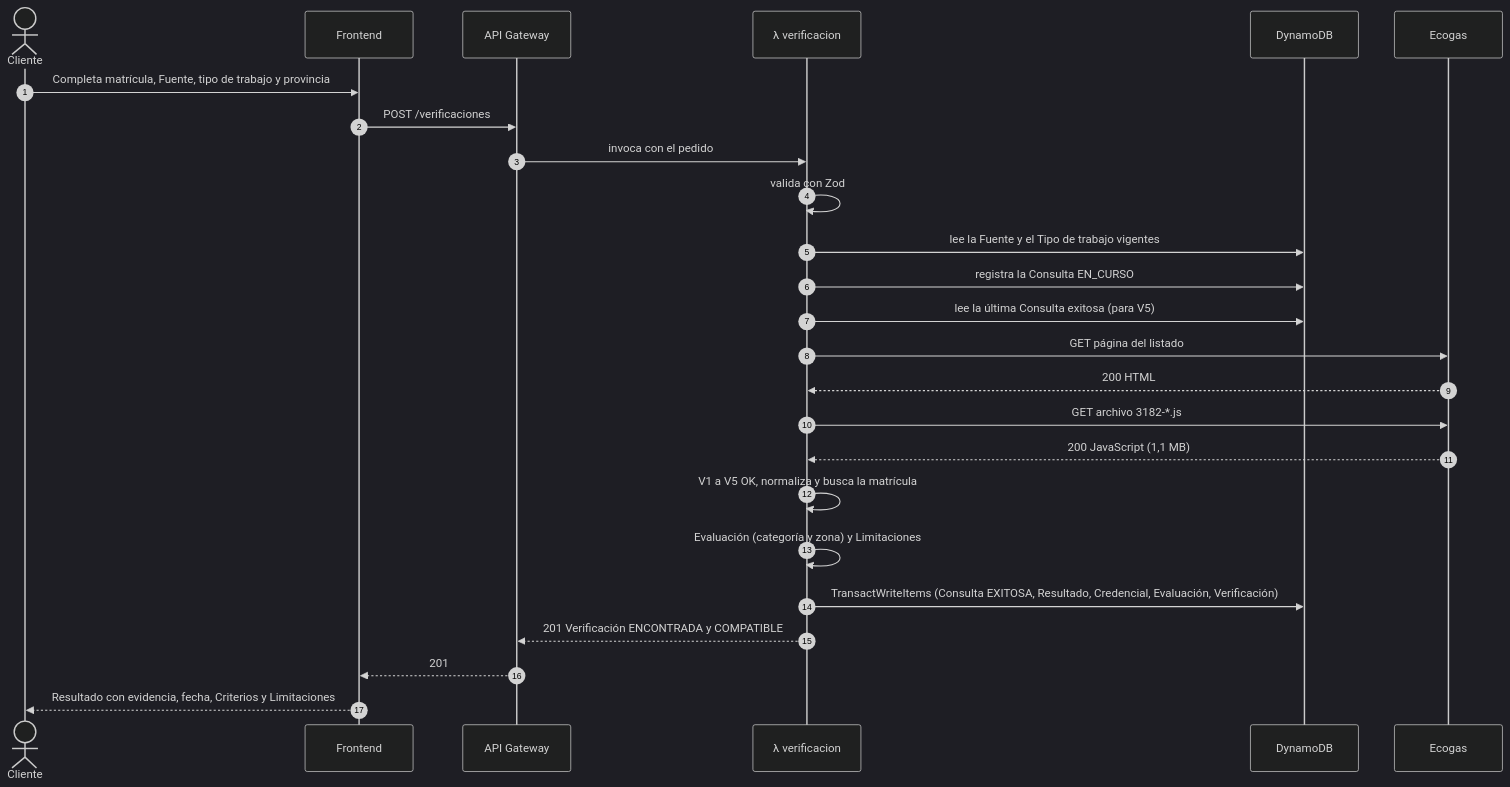
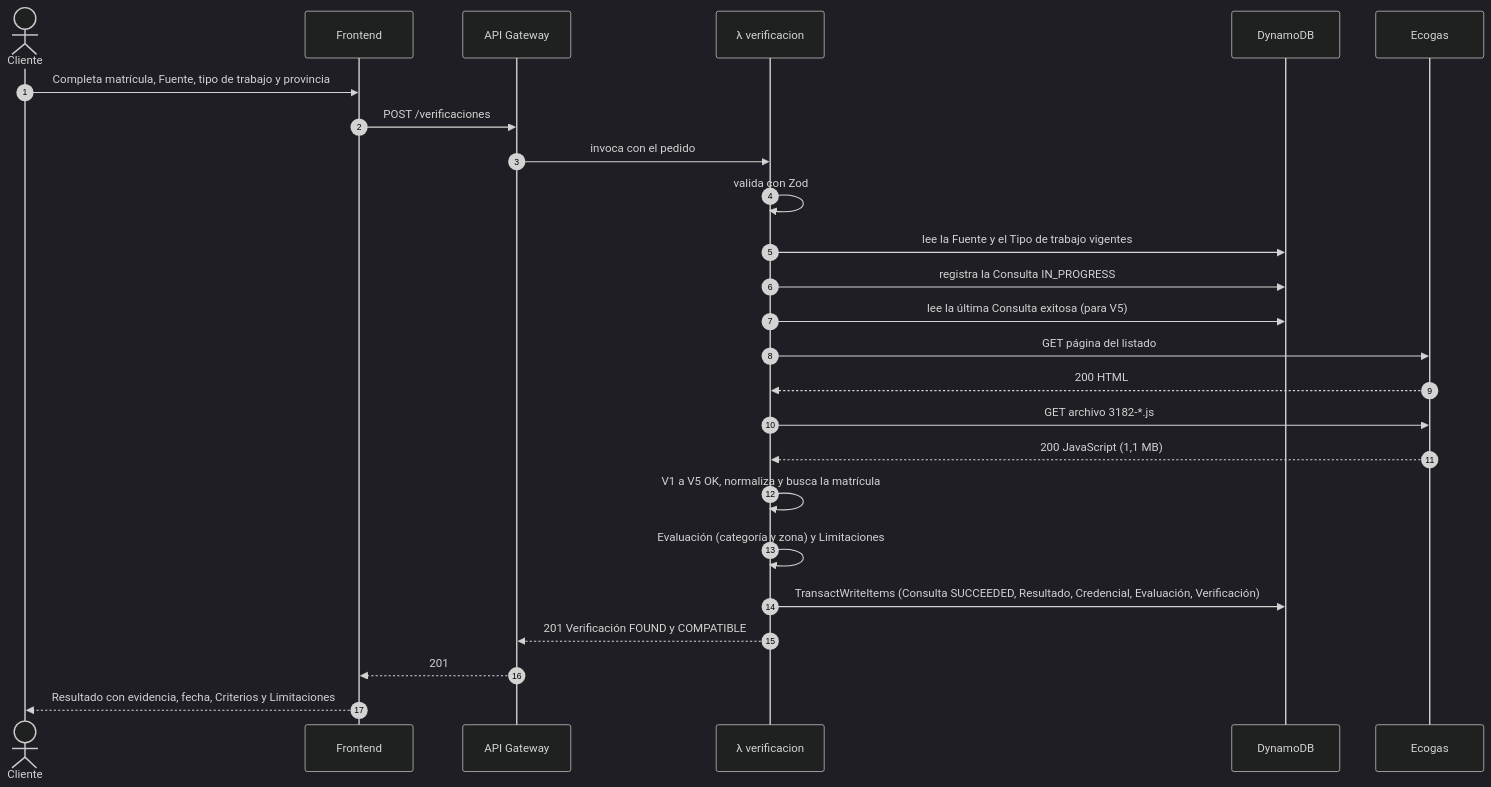
The first of 4 diagrams in docs/api.md (IvanDaniliuk01/MatriculAR), drawn with Mermaid (dark theme) before and after one commit. The commit also changed other lines of this file and 23 other files, not shown here.

````diff
--- a/docs/api.md
+++ b/docs/api.md
@@ -305,28 +305,28 @@
 ```mermaid
 sequenceDiagram
     autonumber
     actor C as Cliente
     participant F as Frontend
     participant A as API Gateway
     participant L as λ verificacion
     participant D as DynamoDB
     participant E as Ecogas
 
     C->>F: Completa matrícula, Fuente, tipo de trabajo y provincia
     F->>A: POST /verificaciones
     A->>L: invoca con el pedido
     L->>L: valida con Zod
     L->>D: lee la Fuente y el Tipo de trabajo vigentes
-    L->>D: registra la Consulta EN_CURSO
+    L->>D: registra la Consulta IN_PROGRESS
     L->>D: lee la última Consulta exitosa (para V5)
     L->>E: GET página del listado
     E-->>L: 200 HTML
     L->>E: GET archivo 3182-*.js
     E-->>L: 200 JavaScript (1,1 MB)
     L->>L: V1 a V5 OK, normaliza y busca la matrícula
     L->>L: Evaluación (categoría y zona) y Limitaciones
-    L->>D: TransactWriteItems (Consulta EXITOSA, Resultado, Credencial, Evaluación, Verificación)
-    L-->>A: 201 Verificación ENCONTRADA y COMPATIBLE
+    L->>D: TransactWriteItems (Consulta SUCCEEDED, Resultado, Credencial, Evaluación, Verificación)
+    L-->>A: 201 Verificación FOUND y COMPATIBLE
     A-->>F: 201
     F-->>C: Resultado con evidencia, fecha, Criterios y Limitaciones
 ```
````
